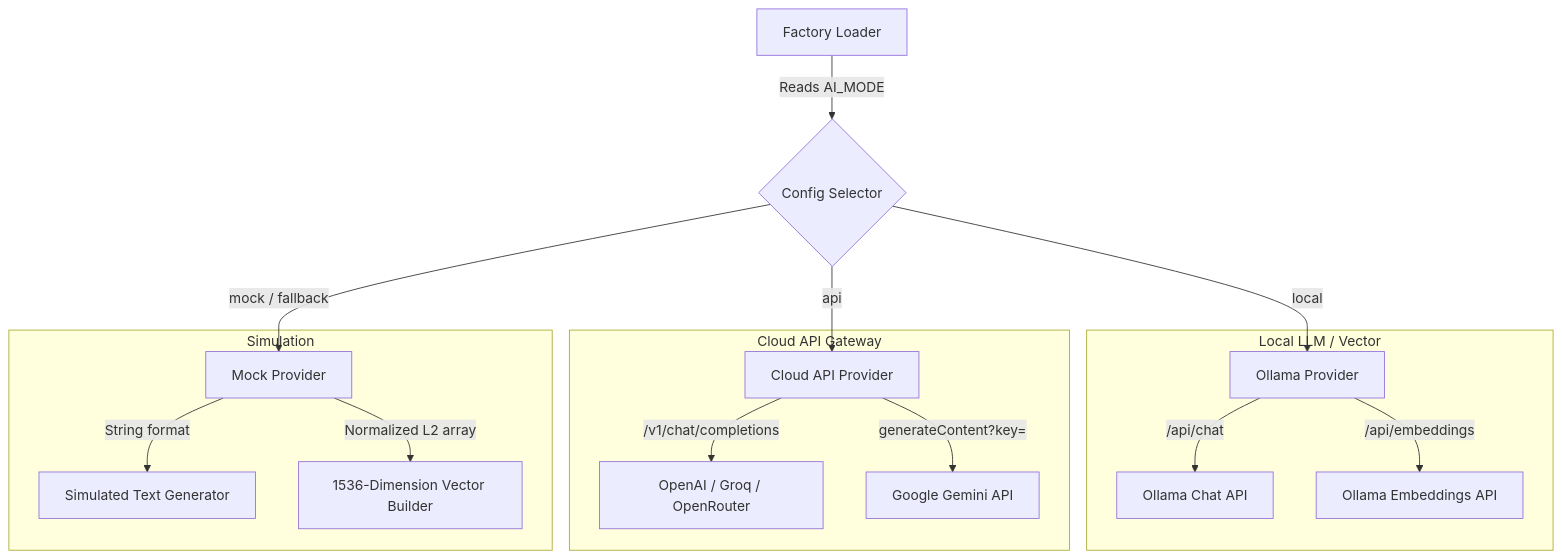
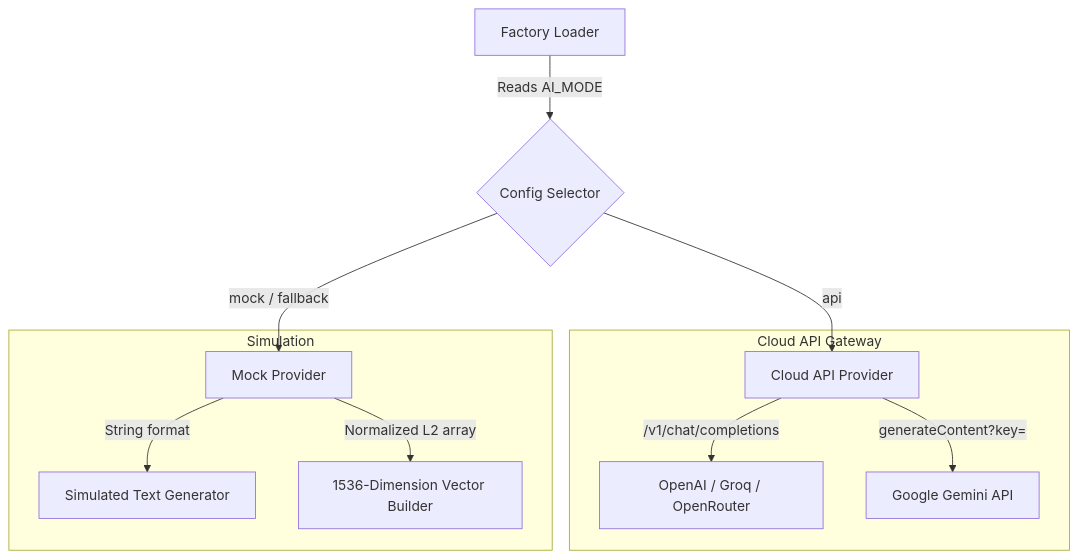
One commit to AbenaKyerewaa/final_year_project changed the diagram in docs/PHASE_7_README.md. Above: the diagram before and after it, drawn with Mermaid. The commit also changed other lines of this file and 131 other files, not shown here.

Commit message:
feat: complete project features and frontend/backend updates, exclude local env and build assets

````diff
--- a/docs/PHASE_7_README.md
+++ b/docs/PHASE_7_README.md
@@ -62,23 +53,17 @@
 ```mermaid
 graph TD
     Factory[Factory Loader] -->|Reads AI_MODE| Env{Config Selector}
     
-    Env -->|local| Ollama[Ollama Provider]
     Env -->|api| Cloud[Cloud API Provider]
     Env -->|mock / fallback| Mock[Mock Provider]
-    
-    subgraph Local LLM / Vector
-        Ollama -->|/api/chat| OllamaLLM[Ollama Chat API]
-        Ollama -->|/api/embeddings| OllamaEmbed[Ollama Embeddings API]
-    end
     
     subgraph Cloud API Gateway
         Cloud -->|/v1/chat/completions| OpenAICompat[OpenAI / Groq / OpenRouter]
         Cloud -->|generateContent?key=| GeminiAPI[Google Gemini API]
     end
     
     subgraph Simulation
         Mock -->|String format| MockLLM[Simulated Text Generator]
         Mock -->|Normalized L2 array| MockEmbed[1536-Dimension Vector Builder]
     end
 ```
````
